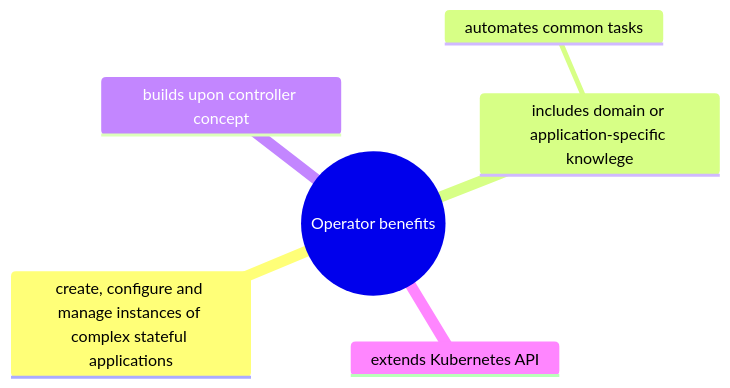
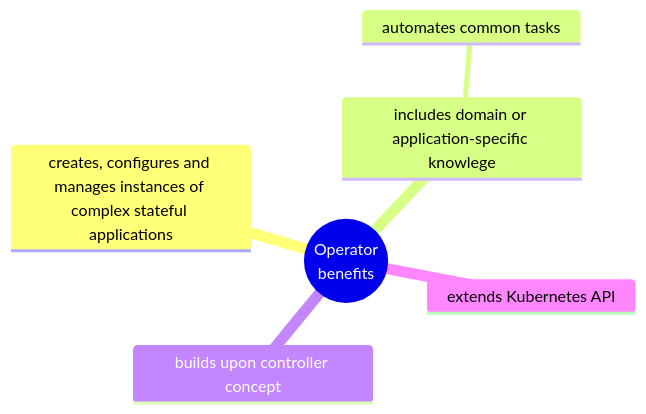
One commit to gerald1248/operator-antipattern-slides changed the diagram in mermaid/operator-benefits.mmd. Above: the diagram before and after it, drawn with Mermaid. The commit also changed 23 other files, not shown here.

```diff
--- a/mermaid/operator-benefits.mmd
+++ b/mermaid/operator-benefits.mmd
@@ -1,10 +1,10 @@
 mindmap
-  root((Operator benefits))
-    create, configure and manage instances of complex stateful applications
+  root((Operator<br/>benefits))
+    creates, configures and manages instances of complex stateful applications
 
     includes domain or application-specific knowlege
       automates common tasks
 
     builds upon controller concept
 
     extends Kubernetes API
```
